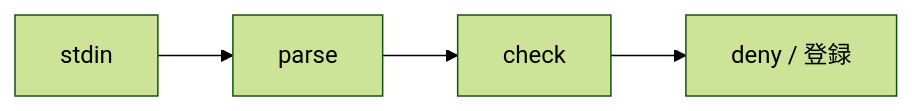
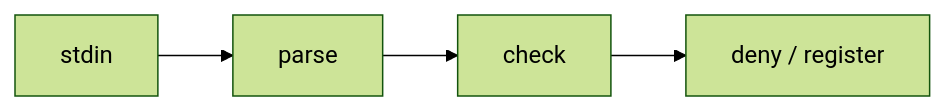
The diagram in test/explain-fixtures/plan-heading-variant.md (Asugawara/ukagai), drawn with Mermaid (forest theme) before and after one commit. The commit also changed other lines of this file and 37 other files, not shown here.

````diff
--- a/test/explain-fixtures/plan-heading-variant.md
+++ b/test/explain-fixtures/plan-heading-variant.md
@@ -19,4 +19,4 @@
 ```mermaid
 flowchart LR
-  I[stdin] --> P[parse] --> C[check] --> O[deny / 登録]
+  I[stdin] --> P[parse] --> C[check] --> O[deny / register]
 ```
````
